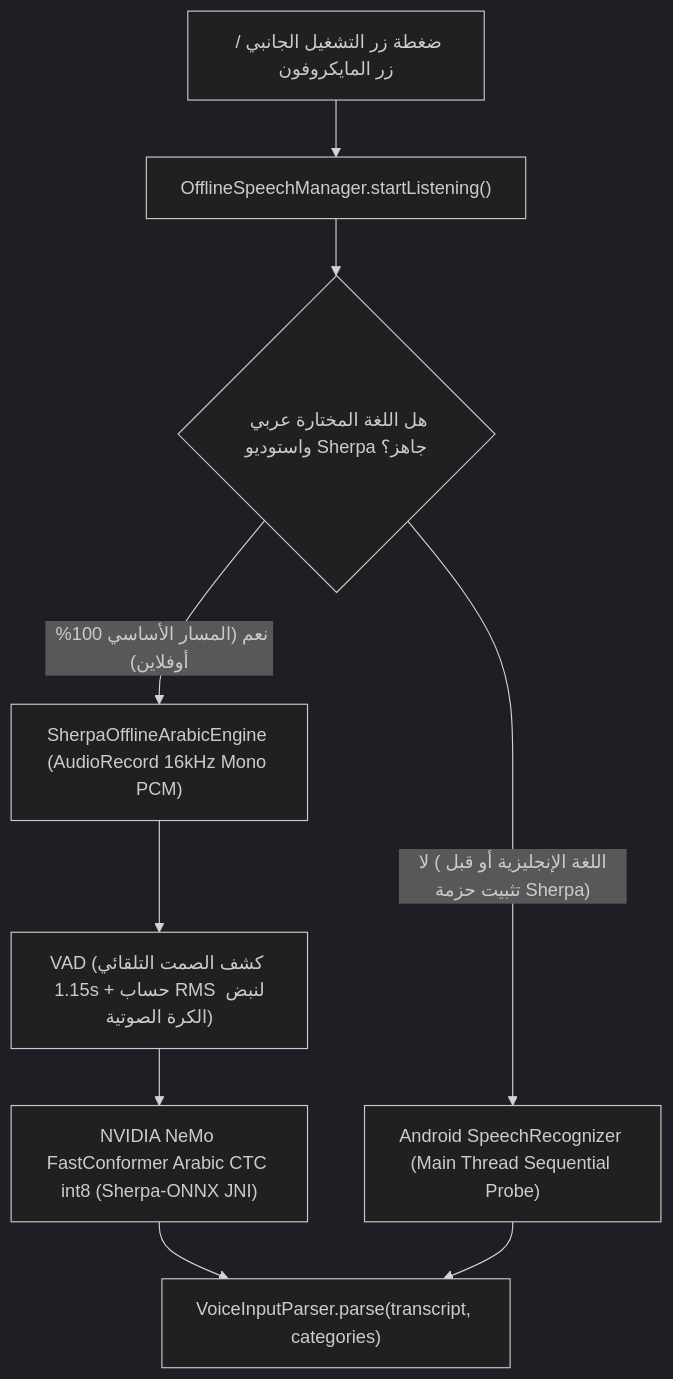
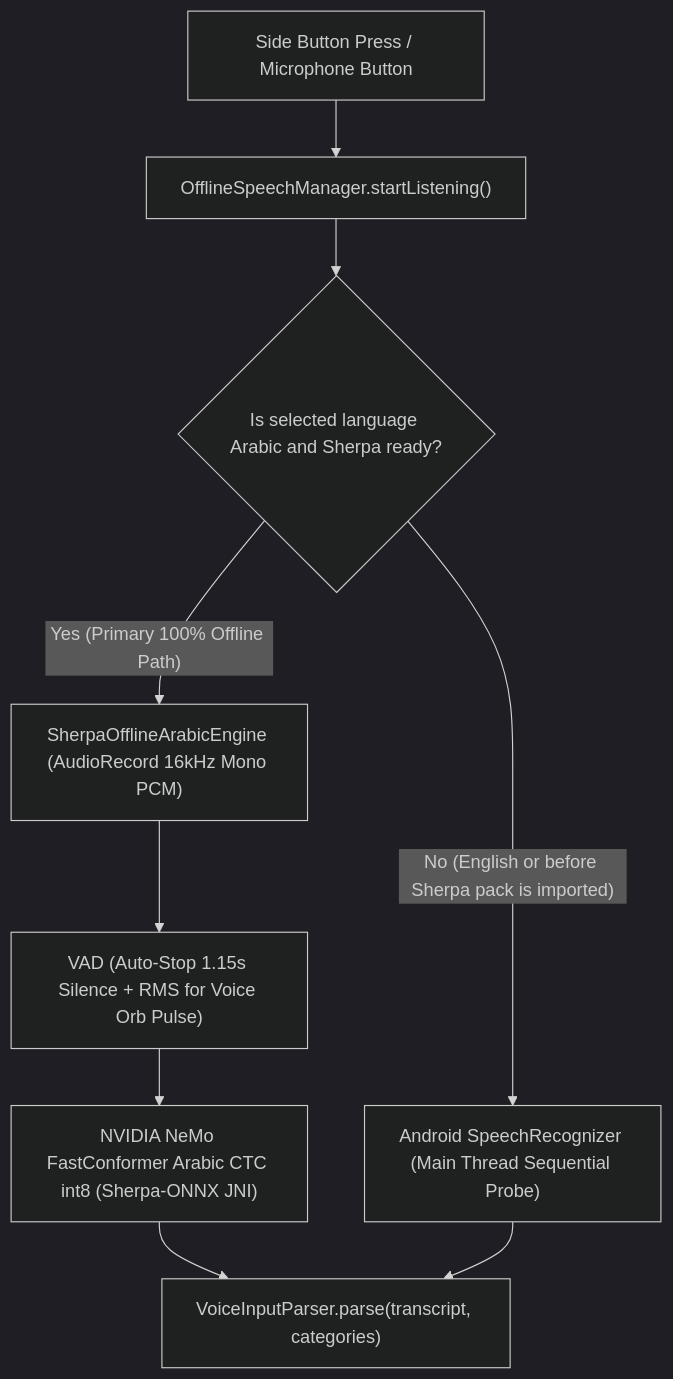
The diagram in docs/monavoce-audit/04-voice-android.md (AKAZA739/MONAVOCE), drawn with Mermaid (dark theme) before and after one commit. The commit also changed other lines of this file and 18 other files, not shown here.

````diff
--- a/docs/monavoce-audit/04-voice-android.md
+++ b/docs/monavoce-audit/04-voice-android.md
@@ -15,11 +13,11 @@
 ```mermaid
 flowchart TD
-    A["ضغطة زر التشغيل الجانبي / زر المايكروفون"] --> B["OfflineSpeechManager.startListening()"]
-    B --> C{"هل اللغة المختارة عربي واستوديو Sherpa جاهز؟"}
-    C -- "نعم (المسار الأساسي 100% أوفلاين)" --> D["SherpaOfflineArabicEngine (AudioRecord 16kHz Mono PCM)"]
-    D --> E["VAD (كشف الصمت التلقائي 1.15s + حساب RMS لنبض الكرة الصوتية)"]
+    A["Side Button Press / Microphone Button"] --> B["OfflineSpeechManager.startListening()"]
+    B --> C{"Is selected language Arabic and Sherpa ready?"}
+    C -- "Yes (Primary 100% Offline Path)" --> D["SherpaOfflineArabicEngine (AudioRecord 16kHz Mono PCM)"]
+    D --> E["VAD (Auto-Stop 1.15s Silence + RMS for Voice Orb Pulse)"]
     E --> F["NVIDIA NeMo FastConformer Arabic CTC int8 (Sherpa-ONNX JNI)"]
     F --> G["VoiceInputParser.parse(transcript, categories)"]
-    C -- "لا (اللغة الإنجليزية أو قبل تثبيت حزمة Sherpa)" --> H["Android SpeechRecognizer (Main Thread Sequential Probe)"]
+    C -- "No (English or before Sherpa pack is imported)" --> H["Android SpeechRecognizer (Main Thread Sequential Probe)"]
     H --> G
 ```
````
